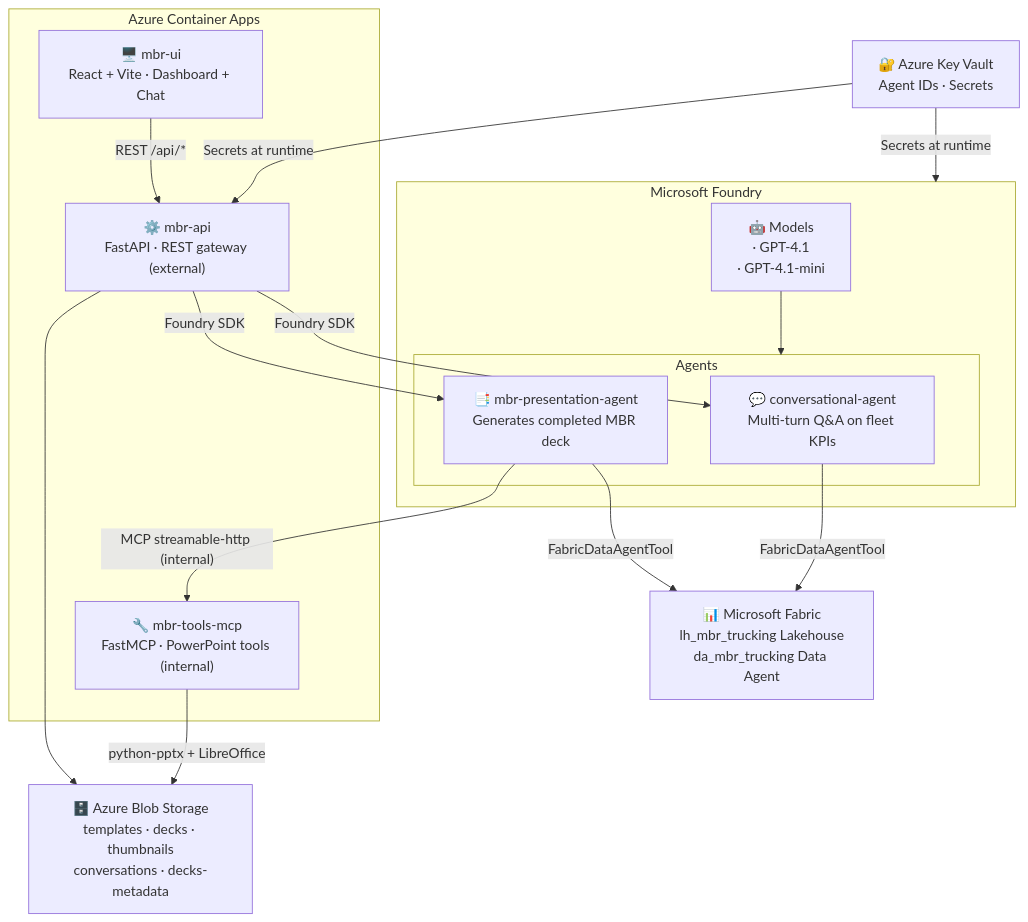
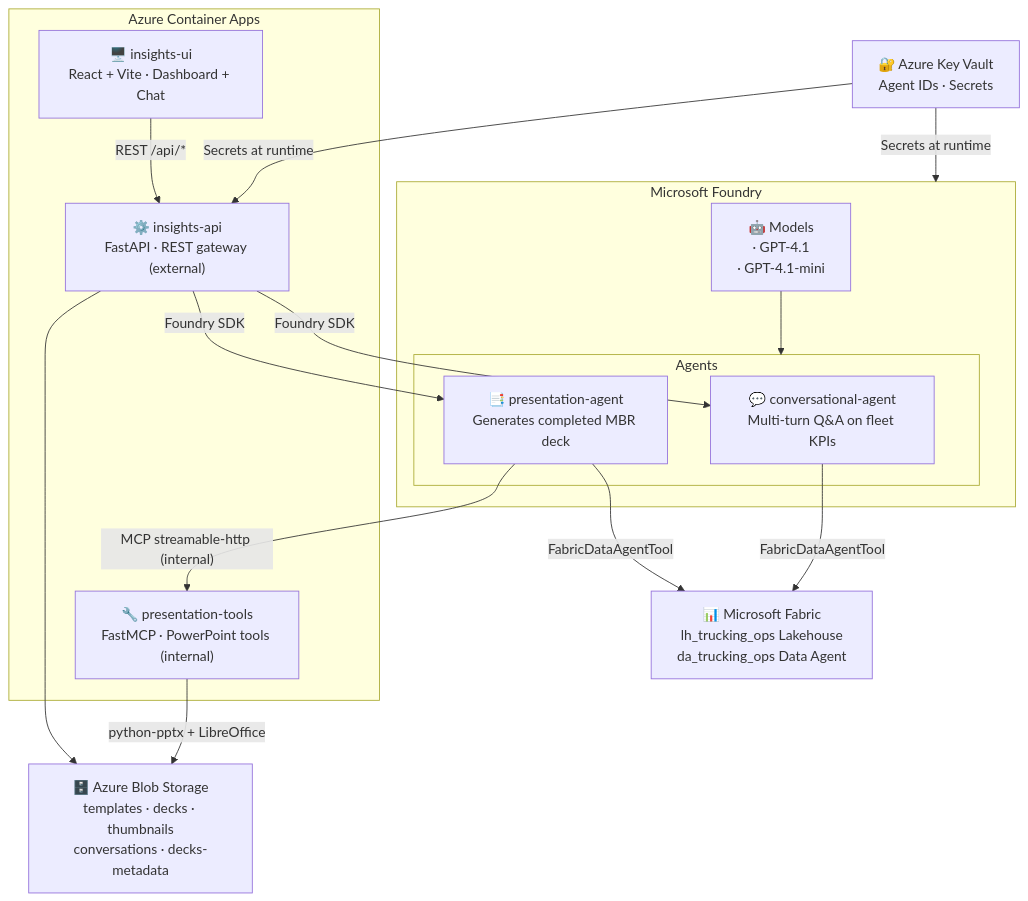
Before and after one commit to jonathanscholtes/Azure-Fabric-MBR-AI-Agents: the diagram in README.md, drawn with Mermaid. The commit also changed other lines of this file and 39 other files, not shown here.

Commit message:
Expand from MBR to Insights

````diff
--- a/README.md
+++ b/README.md
@@ -78,30 +78,30 @@
 ```mermaid
 flowchart TD
     KV["🔐 Azure Key Vault\nAgent IDs · Secrets"]
-    FABRIC["📊 Microsoft Fabric\nlh_mbr_trucking Lakehouse\nda_mbr_trucking Data Agent"]
+    FABRIC["📊 Microsoft Fabric\nlh_trucking_ops Lakehouse\nda_trucking_ops Data Agent"]
 
     subgraph FOUNDRY["Microsoft Foundry"]
         Models["🤖 Models\n· GPT-4.1\n· GPT-4.1-mini"]
         subgraph AGENTS["Agents"]
             CONV["💬 conversational-agent\nMulti-turn Q&A on fleet KPIs"]
-            PRES["📑 mbr-presentation-agent\nGenerates completed MBR deck"]
+            PRES["📑 presentation-agent\nGenerates completed MBR deck"]
         end
     end
 
     subgraph CONTAINER_APPS["Azure Container Apps"]
-        API["⚙️ mbr-api\nFastAPI · REST gateway (external)"]
-        MCP["🔧 mbr-tools-mcp\nFastMCP · PowerPoint tools (internal)"]
-        UI["🖥️ mbr-ui\nReact + Vite · Dashboard + Chat"]
+        API["⚙️ insights-api\nFastAPI · REST gateway (external)"]
+        MCP["🔧 presentation-tools\nFastMCP · PowerPoint tools (internal)"]
+        UI["🖥️ insights-ui\nReact + Vite · Dashboard + Chat"]
     end
 
     STORAGE["🗄️ Azure Blob Storage\ntemplates · decks · thumbnails\nconversations · decks-metadata"]
 
     UI -->|"REST /api/*"| API
     API -->|"Foundry SDK"| CONV & PRES
     Models --> AGENTS
     CONV & PRES -->|"FabricDataAgentTool"| FABRIC
     PRES -->|"MCP streamable-http (internal)"| MCP
     MCP -->|"python-pptx + LibreOffice"| STORAGE
     API --> STORAGE
     KV -->|"Secrets at runtime"| API & FOUNDRY
 ```
````
